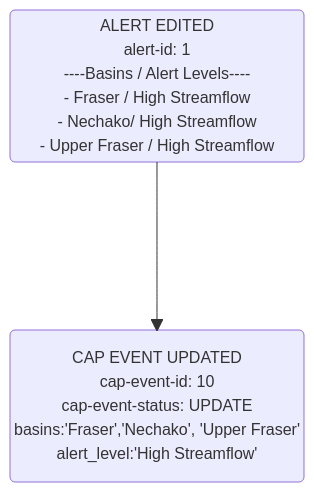
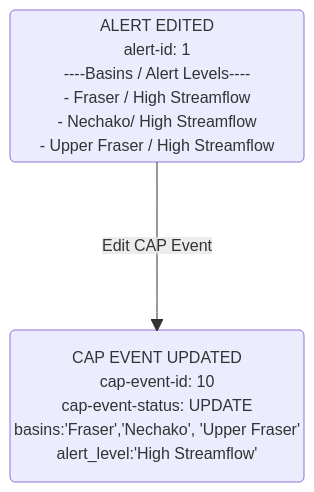
One commit to bcgov/nr-rfc-alertauthoring changed the second of 8 diagrams in docs/backend-planning/data_flow.md. Above: the diagram before and after it, drawn with Mermaid. The commit also changed other lines of this file, not shown here.

````diff
--- a/docs/backend-planning/data_flow.md
+++ b/docs/backend-planning/data_flow.md
@@ -41,9 +44,9 @@
 ```mermaid
 block-beta
   columns 1
   new_alert("ALERT EDITED\nalert-id: 1\n----Basins / Alert Levels----\n- Fraser / High Streamflow\n- Nechako/ High Streamflow\n- Upper Fraser / High Streamflow")
   space
   cap_event_1("CAP EVENT UPDATED\ncap-event-id: 10\ncap-event-status: UPDATE\nbasins:'Fraser','Nechako', 'Upper Fraser' \nalert_level:'High Streamflow'")
 
-  new_alert --> cap_event_1
+  new_alert-- "Edit CAP Event" --> cap_event_1
 ```
````
